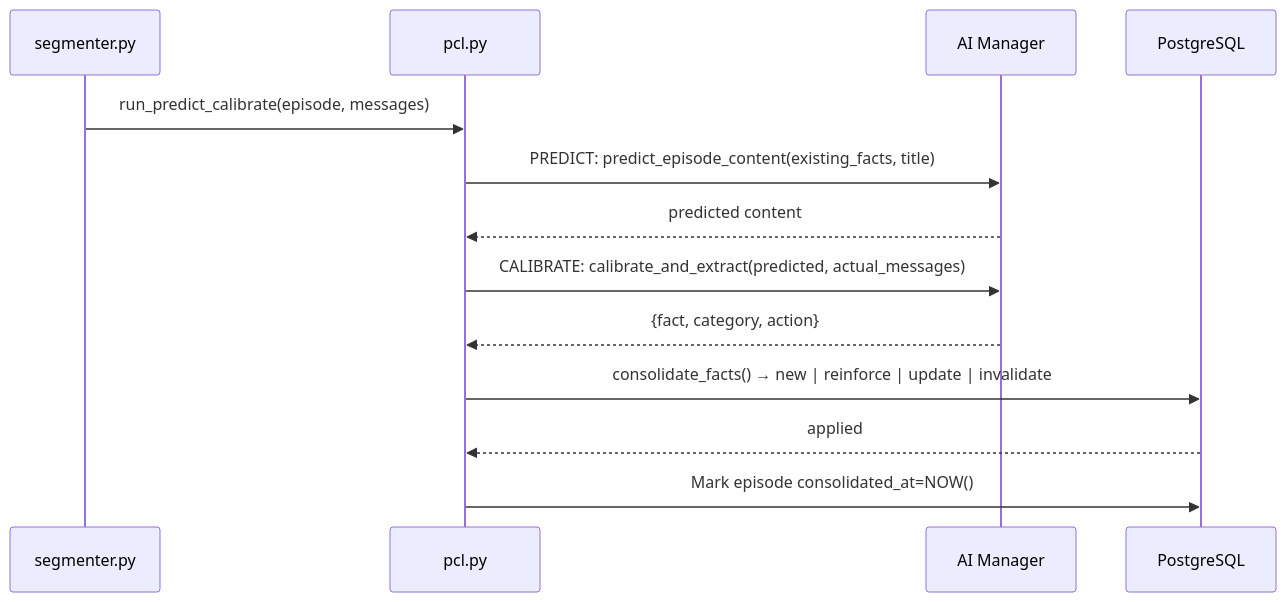
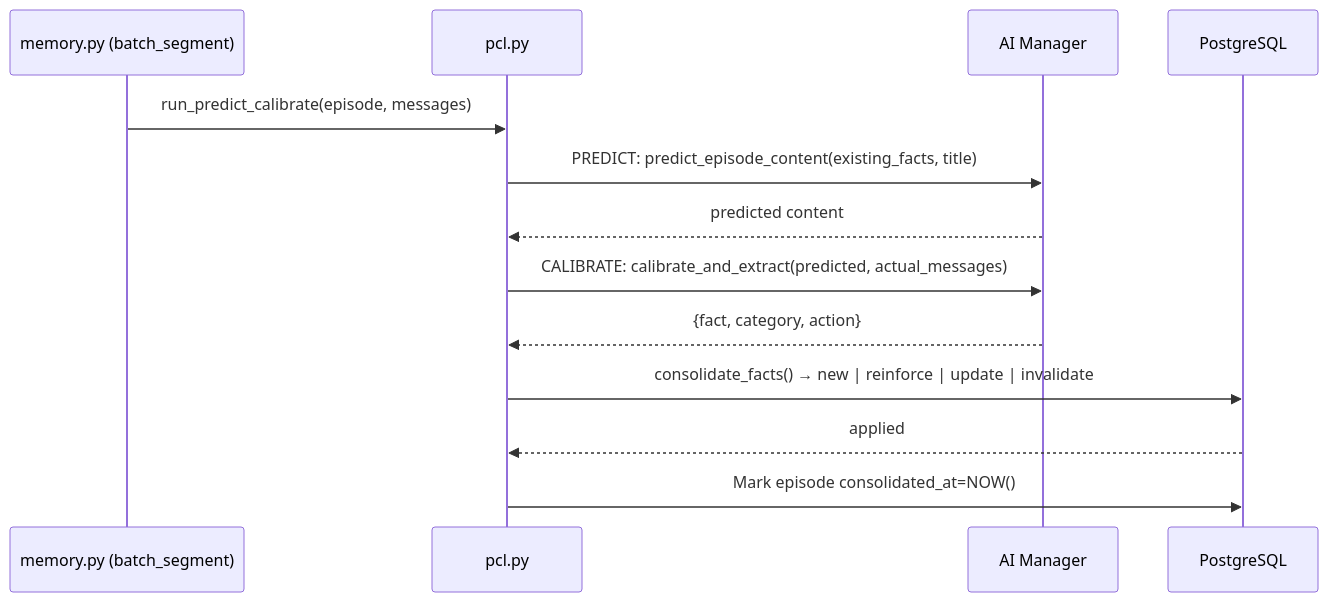
Before and after one commit to icedeyes12/yuzu-companion: the third of 4 diagrams in app/memory/docs/architecture.md, drawn with Mermaid. The commit also changed other lines of this file and 7 other files, not shown here.

````diff
--- a/app/memory/docs/architecture.md
+++ b/app/memory/docs/architecture.md
@@ -176,16 +169,16 @@
 ```mermaid
 sequenceDiagram
-    participant SEG as segmenter.py
+    participant SEG as memory.py (batch_segment)
     participant PCL as pcl.py
     participant LLM as AI Manager
     participant DB as PostgreSQL
 
     SEG->>PCL: run_predict_calibrate(episode, messages)
     PCL->>LLM: PREDICT: predict_episode_content(existing_facts, title)
     LLM-->>PCL: predicted content
     PCL->>LLM: CALIBRATE: calibrate_and_extract(predicted, actual_messages)
     LLM-->>PCL: {fact, category, action}
     PCL->>DB: consolidate_facts() → new | reinforce | update | invalidate
     DB-->>PCL: applied
     PCL->>DB: Mark episode consolidated_at=NOW()
 ```
````
